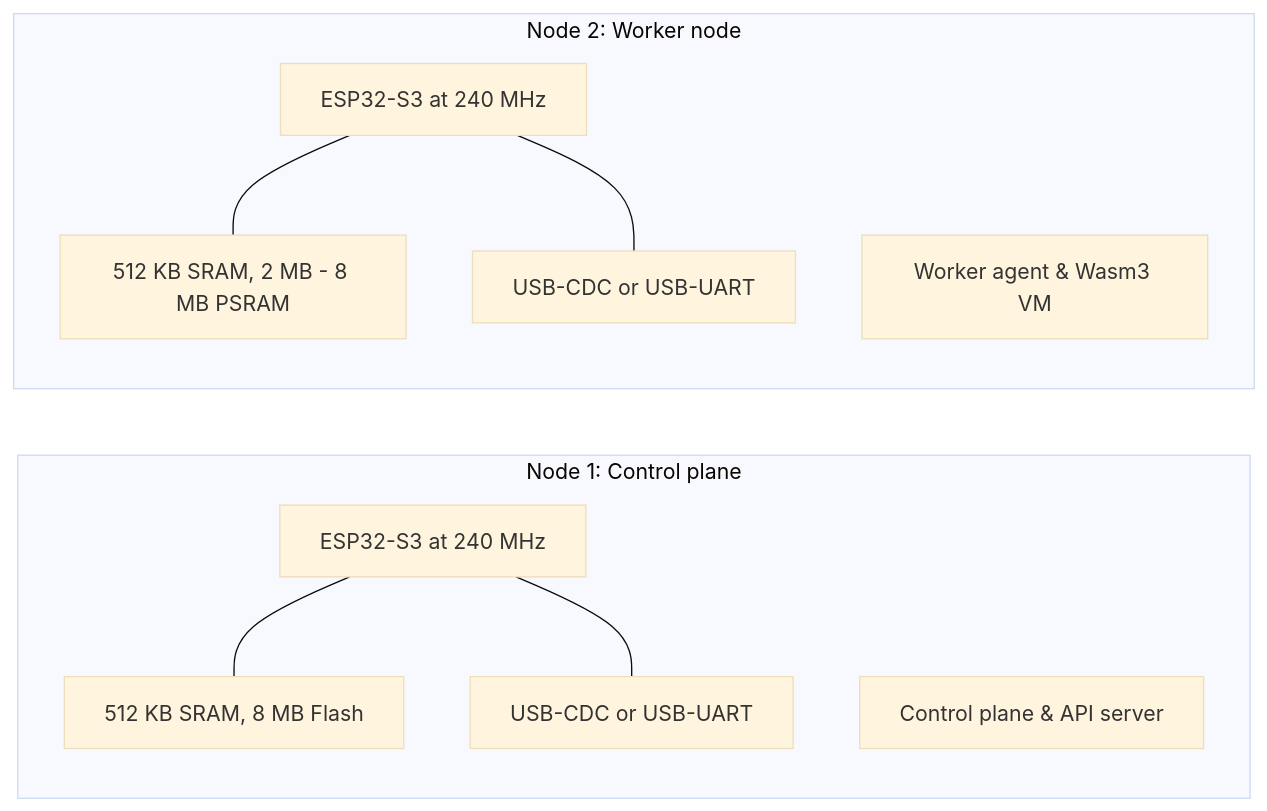
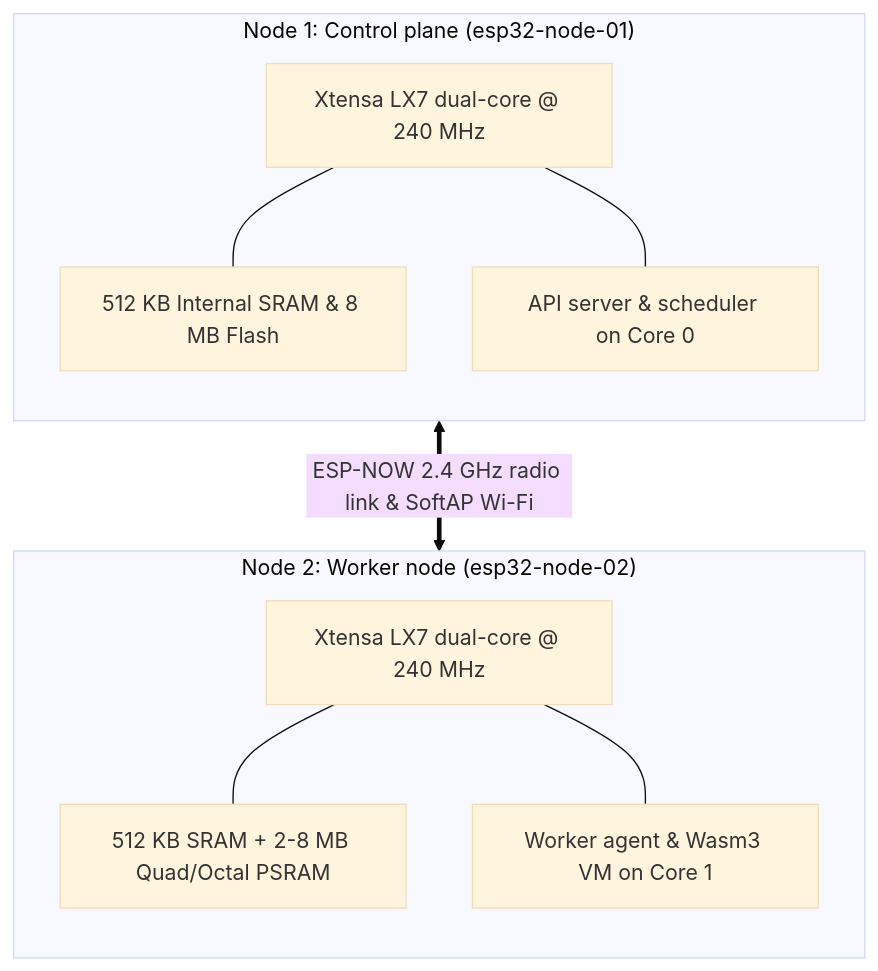
One commit to arterialist/kube32 changed the diagram in docs/hardware-spec.md. Above: the diagram before and after it, drawn with Mermaid (base theme). The commit also changed 13 other files, not shown here.

Commit message:
style(docs): adjust Material 3 layout and fix Mermaid diagram rendering

````diff
--- a/docs/hardware-spec.md
+++ b/docs/hardware-spec.md
@@ -15,21 +15,22 @@
 ```mermaid
-graph LR
-    subgraph N1["Node 1: Control plane"]
-        N1_CPU["ESP32-S3 at 240 MHz"]
-        N1_MEM["512 KB SRAM, 8 MB Flash"]
-        N1_IO["USB-CDC or USB-UART"]
-        N1_ROLE["Control plane & API server"]
+graph TD
+    subgraph N1["Node 1: Control plane (esp32-node-01)"]
+        direction TB
+        N1_CPU["Xtensa LX7 dual-core @ 240 MHz"]
+        N1_MEM["512 KB Internal SRAM & 8 MB Flash"]
+        N1_ROLE["API server & scheduler on Core 0"]
+        N1_CPU --- N1_MEM
+        N1_CPU --- N1_ROLE
     end
 
-    subgraph N2["Node 2: Worker node"]
-        N2_CPU["ESP32-S3 at 240 MHz"]
-        N2_MEM["512 KB SRAM, 2 MB - 8 MB PSRAM"]
-        N2_IO["USB-CDC or USB-UART"]
-        N2_ROLE["Worker agent & Wasm3 VM"]
+    subgraph N2["Node 2: Worker node (esp32-node-02)"]
+        direction TB
+        N2_CPU["Xtensa LX7 dual-core @ 240 MHz"]
+        N2_MEM["512 KB SRAM + 2-8 MB Quad/Octal PSRAM"]
+        N2_ROLE["Worker agent & Wasm3 VM on Core 1"]
+        N2_CPU --- N2_MEM
+        N2_CPU --- N2_ROLE
     end
 
-    N1_CPU --- N1_MEM
-    N1_CPU --- N1_IO
-    N2_CPU --- N2_MEM
-    N2_CPU --- N2_IO
+    N1 <==>|"ESP-NOW 2.4 GHz radio link & SoftAP Wi-Fi"| N2
 ```
````
